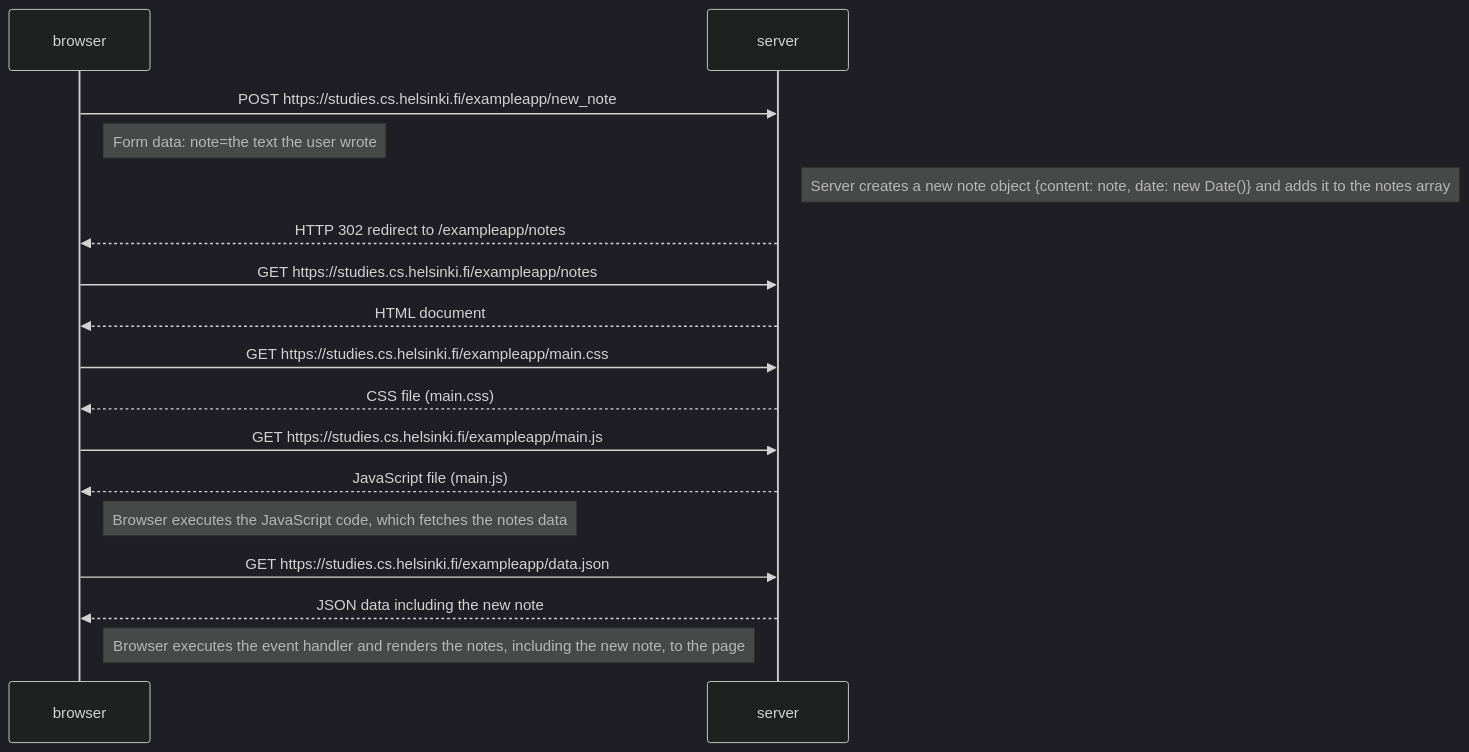
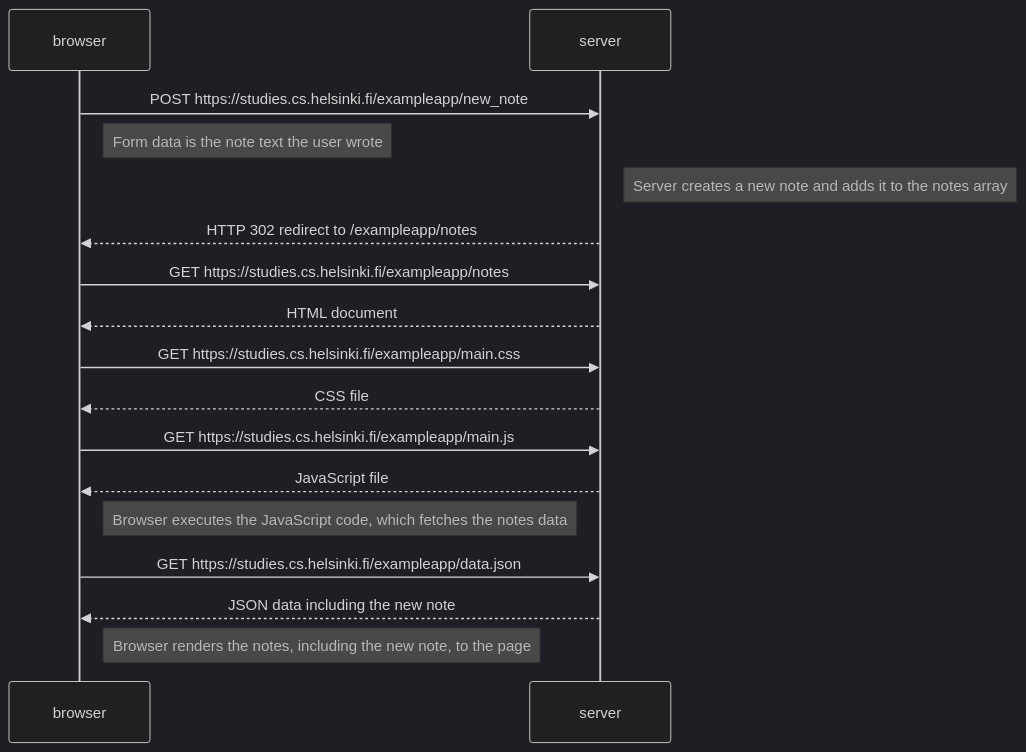
The first of 3 diagrams in part0/README.md (Godidiahs/fullstackopen), drawn with Mermaid (dark theme) before and after one commit. The commit also changed other lines of this file, not shown here.

````diff
--- a/part0/README.md
+++ b/part0/README.md
@@ -11,20 +11,19 @@
 ```mermaid
 sequenceDiagram
     participant browser
     participant server
-
     browser->>server: POST https://studies.cs.helsinki.fi/exampleapp/new_note
-    Note right of browser: Form data: note=the text the user wrote
-    Note right of server: Server creates a new note object {content: note, date: new Date()} and adds it to the notes array
+    Note right of browser: Form data is the note text the user wrote
+    Note right of server: Server creates a new note and adds it to the notes array
     server-->>browser: HTTP 302 redirect to /exampleapp/notes
     browser->>server: GET https://studies.cs.helsinki.fi/exampleapp/notes
     server-->>browser: HTML document
     browser->>server: GET https://studies.cs.helsinki.fi/exampleapp/main.css
-    server-->>browser: CSS file (main.css)
+    server-->>browser: CSS file
     browser->>server: GET https://studies.cs.helsinki.fi/exampleapp/main.js
-    server-->>browser: JavaScript file (main.js)
+    server-->>browser: JavaScript file
     Note right of browser: Browser executes the JavaScript code, which fetches the notes data
     browser->>server: GET https://studies.cs.helsinki.fi/exampleapp/data.json
     server-->>browser: JSON data including the new note
-    Note right of browser: Browser executes the event handler and renders the notes, including the new note, to the page
+    Note right of browser: Browser renders the notes, including the new note, to the page
 ```
````
